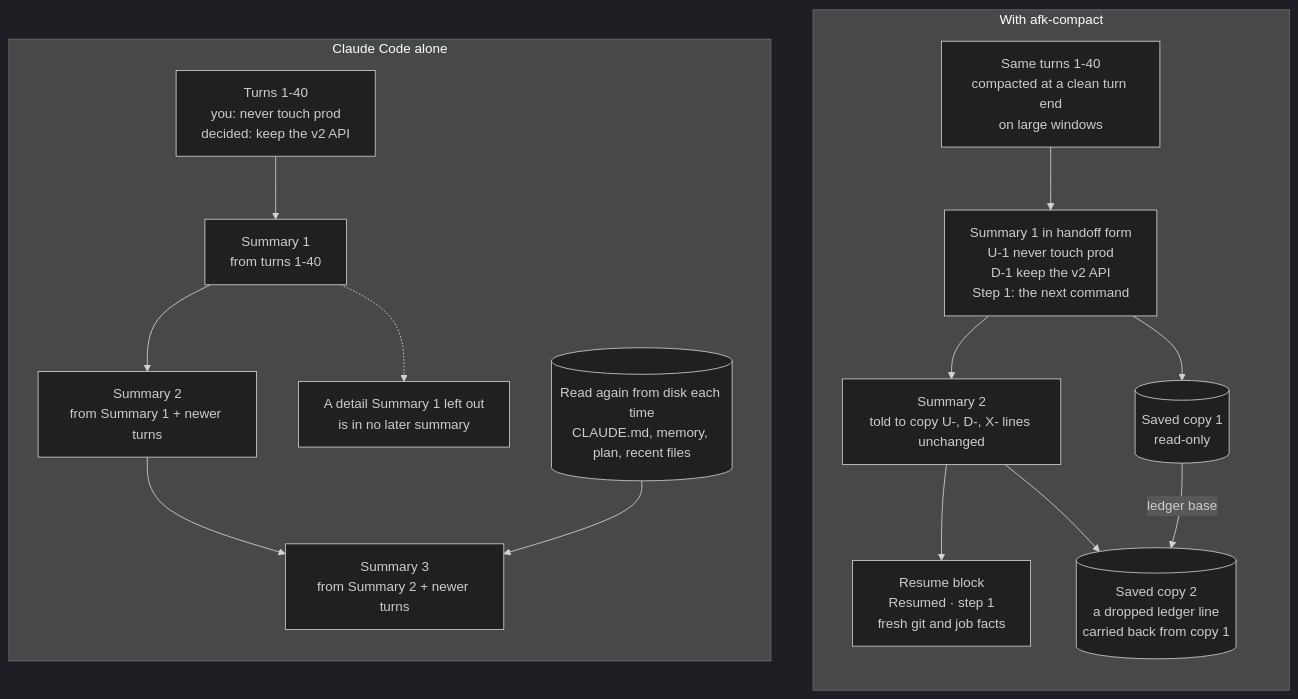
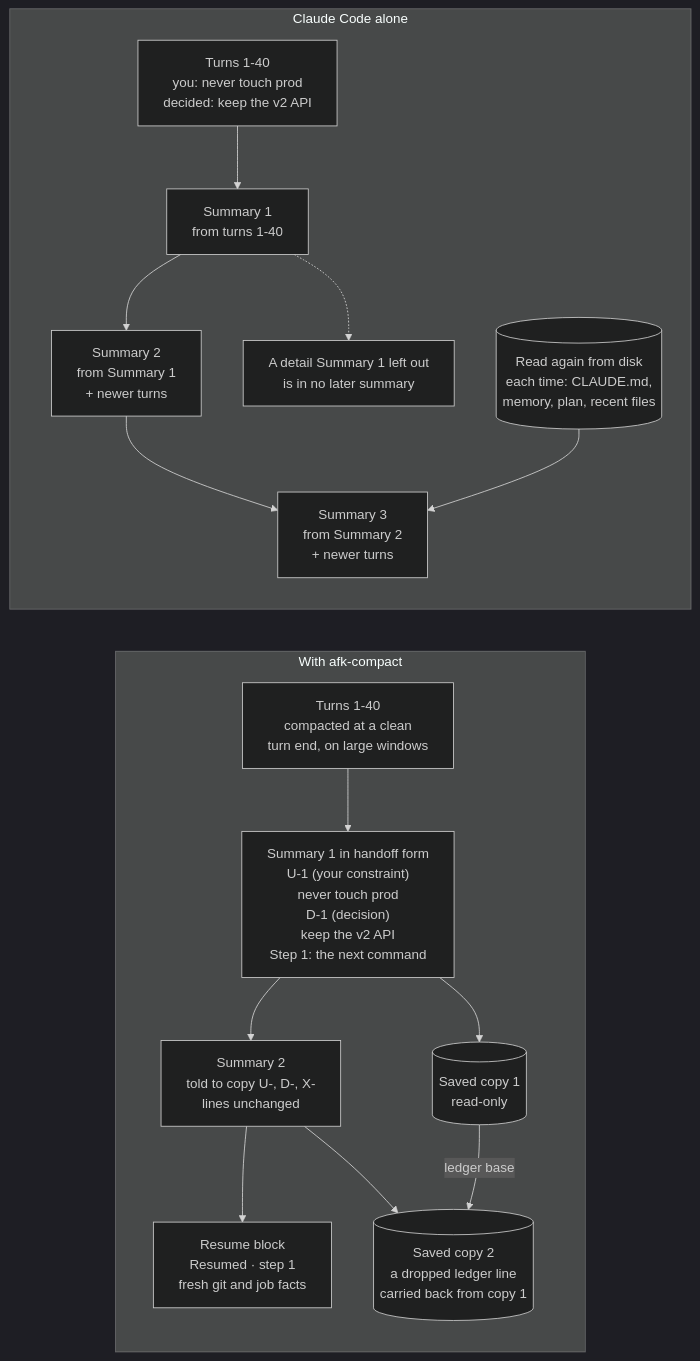
One commit to RuslanTar/afk-compact changed the third of 3 diagrams in README.md. Above: the diagram before and after it, drawn with Mermaid (dark theme). The commit also changed other lines of this file and 21 other files, not shown here.

````diff
--- a/README.md
+++ b/README.md
@@ -53,28 +54,27 @@
 ```mermaid
-flowchart TB
+flowchart LR
   subgraph P["With afk-compact"]
     direction TB
-    P0["Same turns 1-40<br/>compacted at a clean turn end<br/>on large windows"]
-    P1["Summary 1 in handoff form<br/>U-1 never touch prod<br/>D-1 keep the v2 API<br/>Step 1: the next command"]
-    P2["Summary 2<br/>told to copy U-, D-, X- lines unchanged"]
+    P0["Turns 1-40<br/>compacted at a clean<br/>turn end, on large windows"]
+    P1["Summary 1 in handoff form<br/>U-1 (your constraint)<br/>never touch prod<br/>D-1 (decision)<br/>keep the v2 API<br/>Step 1: the next command"]
+    P2["Summary 2<br/>told to copy U-, D-, X-<br/>lines unchanged"]
     C1[("Saved copy 1<br/>read-only")]
     C2[("Saved copy 2<br/>a dropped ledger line<br/>carried back from copy 1")]
     R["Resume block<br/>Resumed · step 1<br/>fresh git and job facts"]
     P0 --> P1 --> P2 --> R
-    P1 --> C1
+    P1 --> C1 -->|ledger base| C2
     P2 --> C2
-    C1 -->|ledger base| C2
   end
   subgraph N["Claude Code alone"]
     direction TB
     N0["Turns 1-40<br/>you: never touch prod<br/>decided: keep the v2 API"]
     N1["Summary 1<br/>from turns 1-40"]
-    N2["Summary 2<br/>from Summary 1 + newer turns"]
-    N3["Summary 3<br/>from Summary 2 + newer turns"]
+    N2["Summary 2<br/>from Summary 1<br/>+ newer turns"]
+    N3["Summary 3<br/>from Summary 2<br/>+ newer turns"]
     NX["A detail Summary 1 left out<br/>is in no later summary"]
-    ND[("Read again from disk each time<br/>CLAUDE.md, memory, plan, recent files")]
+    ND[("Read again from disk<br/>each time: CLAUDE.md,<br/>memory, plan, recent files")]
     N0 --> N1 --> N2 --> N3
     N1 -.-> NX
     ND --> N3
   end
 ```
````
